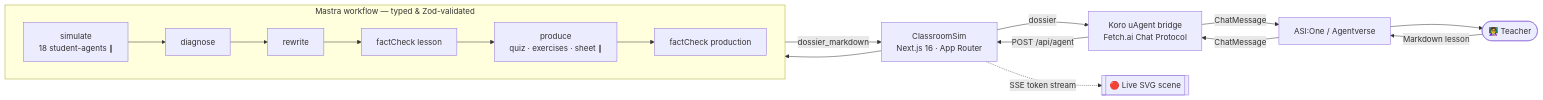
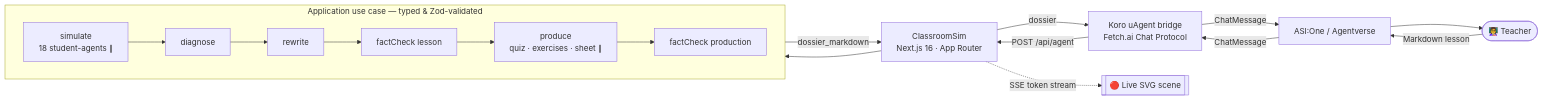
One commit to NerionSoft/fetchai-hackathon changed the diagram in README.md. Above: the diagram before and after it, drawn with Mermaid. The commit also changed other lines of this file and 70 other files, not shown here.

````diff
--- a/README.md
+++ b/README.md
@@ -77,18 +77,18 @@
 ```mermaid
 flowchart LR
     User([👩‍🏫 Teacher]) -->|Markdown lesson| ASI[ASI:One / Agentverse]
     ASI -->|ChatMessage| Bridge[Koro uAgent bridge<br/>Fetch.ai Chat Protocol]
     Bridge -->|POST /api/agent| App[ClassroomSim<br/>Next.js 16 · App Router]
     App --> WF
 
-    subgraph WF["Mastra workflow — typed &amp; Zod-validated"]
+    subgraph WF["Application use case — typed &amp; Zod-validated"]
       direction LR
       SIM[simulate<br/>18 student-agents ∥] --> DIA[diagnose]
       DIA --> REW[rewrite] --> FC1[factCheck lesson]
       FC1 --> PRD[produce<br/>quiz · exercises · sheet ∥] --> FC2[factCheck production]
     end
 
     WF -->|dossier_markdown| App
     App -.->|SSE token stream| Live[[🔴 Live SVG scene]]
     App -->|dossier| Bridge -->|ChatMessage| ASI --> User
 ```
````
